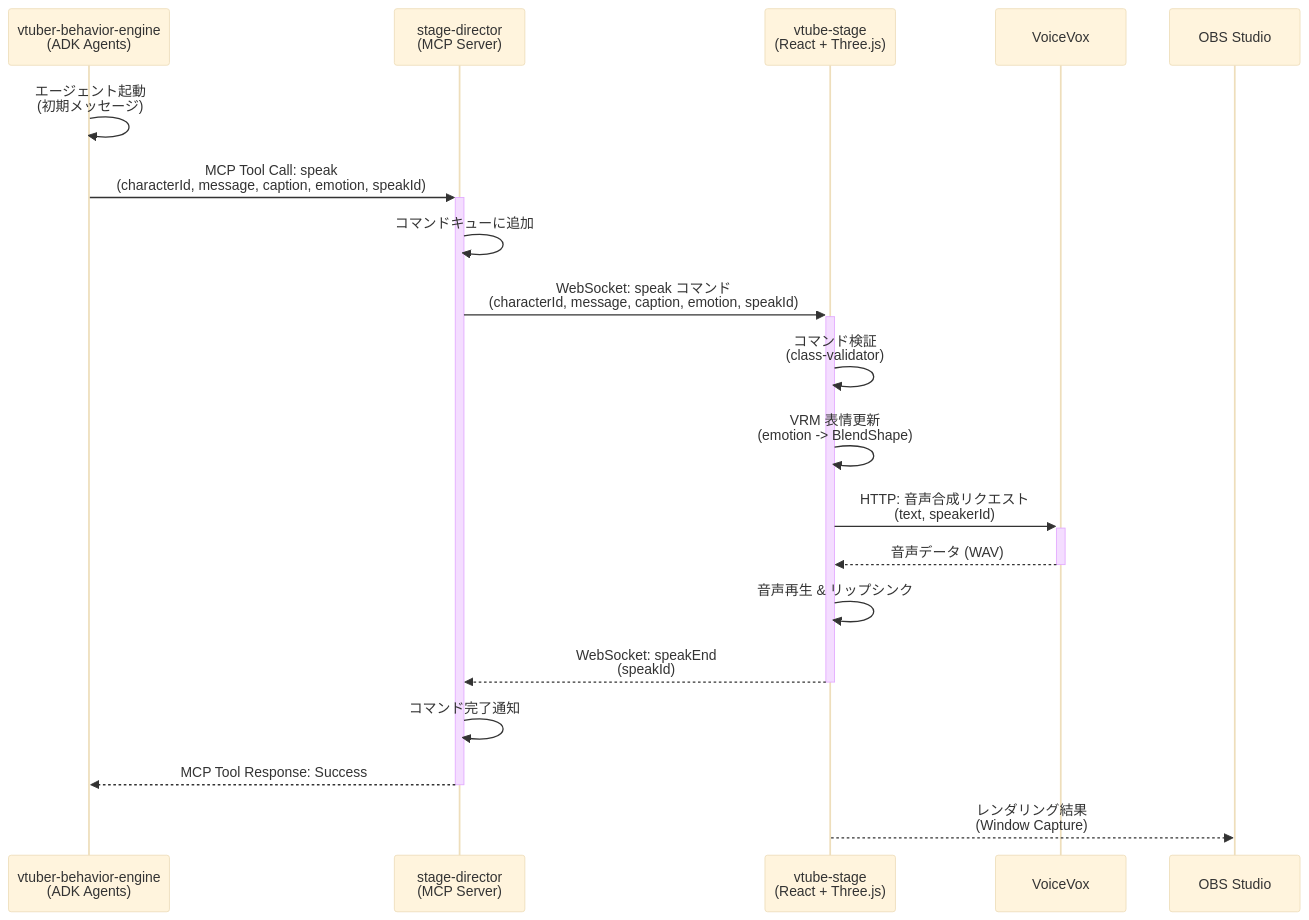
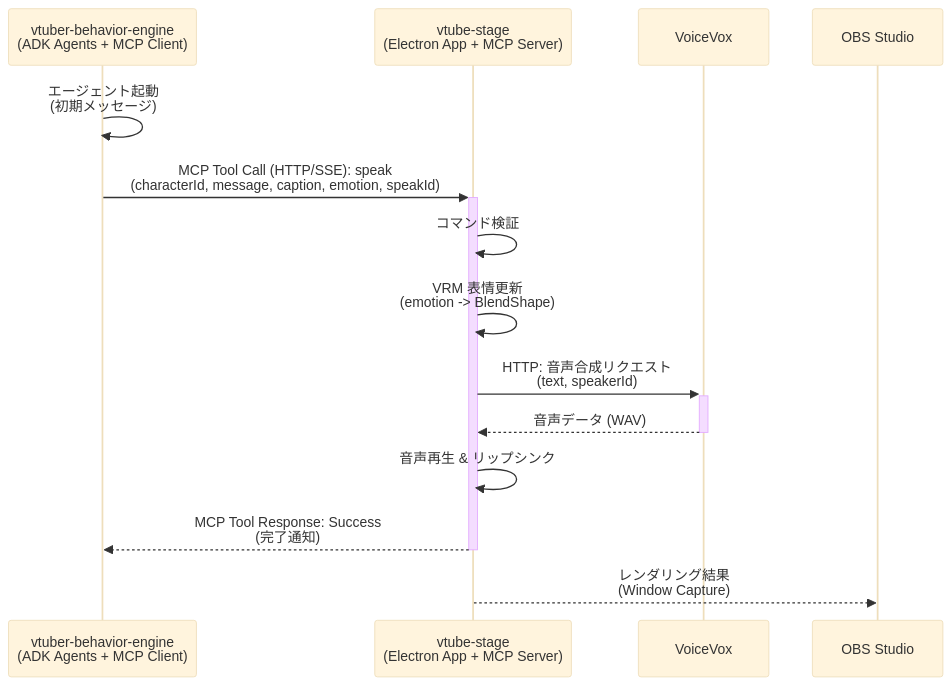
One commit to LongbowXXX/ai-tuber changed the first of 3 diagrams in docs/architecture/key-flows.md. Above: the diagram before and after it, drawn with Mermaid (base theme). The commit also changed other lines of this file and 87 other files, not shown here.

Commit message:
Remove stage-director package and update all documentation

````diff
--- a/docs/architecture/key-flows.md
+++ b/docs/architecture/key-flows.md
@@ -40,22 +37,17 @@
 ```mermaid
 sequenceDiagram
-    participant VBE as vtuber-behavior-engine<br/>(ADK Agents)
-    participant SD as stage-director<br/>(MCP Server)
-    participant VS as vtube-stage<br/>(React + Three.js)
+    participant VBE as vtuber-behavior-engine<br/>(ADK Agents + MCP Client)
+    participant VS as vtube-stage<br/>(Electron App + MCP Server)
     participant VV as VoiceVox
     participant OBS as OBS Studio
 
     VBE ->> VBE: エージェント起動<br/>(初期メッセージ)
-    VBE ->>+ SD: MCP Tool Call: speak<br/>(characterId, message, caption, emotion, speakId)
-    SD ->> SD: コマンドキューに追加
-    SD ->>+ VS: WebSocket: speak コマンド<br/>(characterId, message, caption, emotion, speakId)
-    VS ->> VS: コマンド検証<br/>(class-validator)
+    VBE ->>+ VS: MCP Tool Call (HTTP/SSE): speak<br/>(characterId, message, caption, emotion, speakId)
+    VS ->> VS: コマンド検証
     VS ->> VS: VRM 表情更新<br/>(emotion -> BlendShape)
     VS ->>+ VV: HTTP: 音声合成リクエスト<br/>(text, speakerId)
     VV -->>- VS: 音声データ (WAV)
     VS ->> VS: 音声再生 & リップシンク
-    VS -->>- SD: WebSocket: speakEnd<br/>(speakId)
-    SD ->> SD: コマンド完了通知
-    SD -->>- VBE: MCP Tool Response: Success
+    VS -->>- VBE: MCP Tool Response: Success<br/>(完了通知)
     VS -->> OBS: レンダリング結果<br/>(Window Capture)
 ```
````
